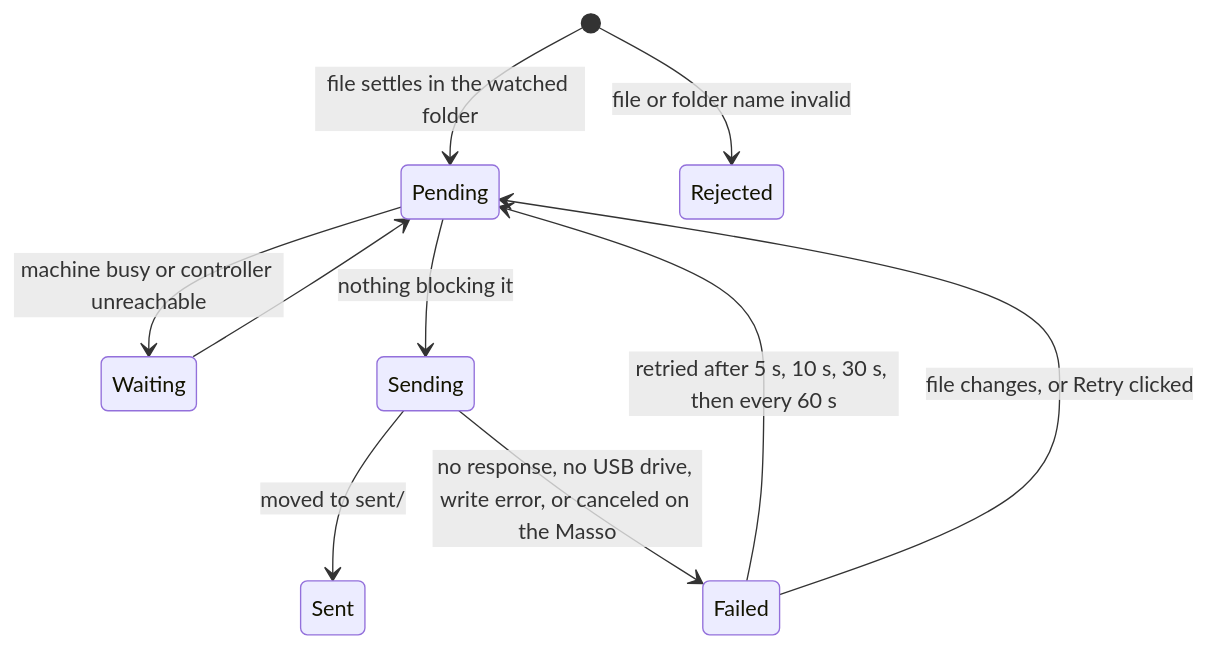
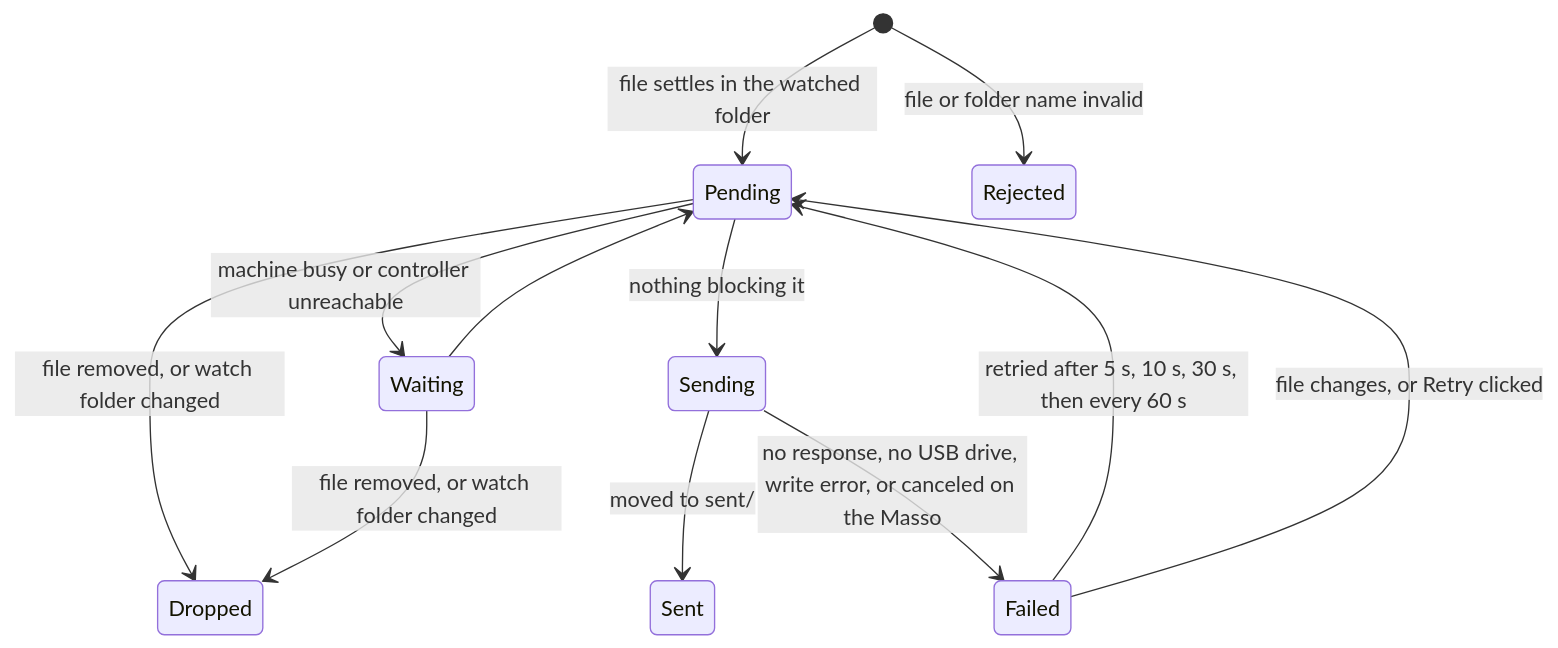
One commit to shields/mink-lasso changed the diagram in README.md. Above: the diagram before and after it, drawn with Mermaid. The commit also changed 8 other files, not shown here.

````diff
--- a/README.md
+++ b/README.md
@@ -45,12 +45,14 @@
 ```mermaid
 stateDiagram-v2
     [*] --> Pending: file settles in the watched folder
     [*] --> Rejected: file or folder name invalid
     Pending --> Waiting: machine busy or controller unreachable
     Waiting --> Pending
     Pending --> Sending: nothing blocking it
     Sending --> Sent: moved to sent/
     Sending --> Failed: no response, no USB drive, write error, or canceled on the Masso
     Failed --> Pending: retried after 5 s, 10 s, 30 s, then every 60 s
     Failed --> Pending: file changes, or Retry clicked
+    Pending --> Dropped: file removed, or watch folder changed
+    Waiting --> Dropped: file removed, or watch folder changed
 ```
````
